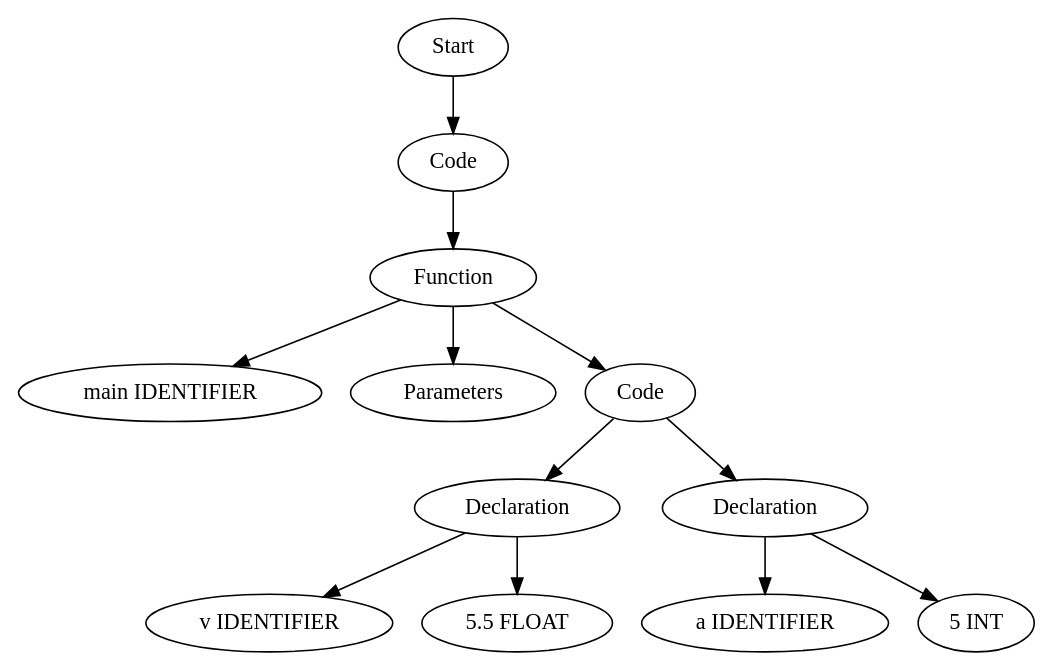
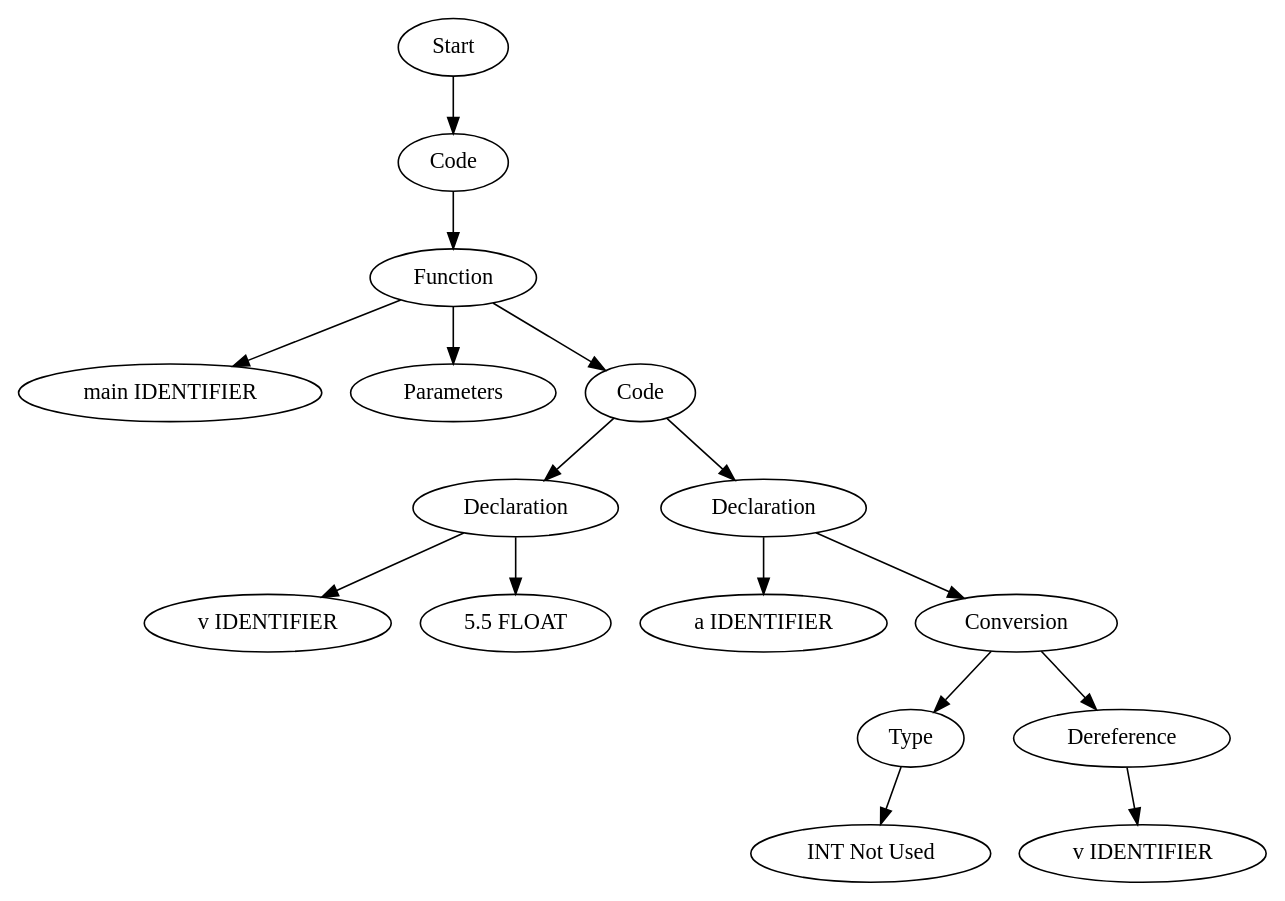
One commit to Are-you-listening/Compilers changed the diagram in TestCases/ASTTests/ValueAdderTests/createTests/read_file_after.dot. Above: the diagram before and after it, drawn with Graphviz. The commit also changed 227 other files, not shown here.

```diff
--- a/TestCases/ASTTests/ValueAdderTests/createTests/read_file_after.dot
+++ b/TestCases/ASTTests/ValueAdderTests/createTests/read_file_after.dot
@@ -1,25 +1,33 @@
 digraph AST {
-  "126690300994000" [label="Start"];
-  "126690300994000" -> "126690300985792";
-  "126690300985792" [label="Code"];
-  "126690300985792" -> "126690300999136";
-  "126690300999136" [label="Function"];
-  "126690300999136" -> "126690300996688";
-  "126690300999136" -> "126690300989776";
-  "126690300999136" -> "126690300998176";
-  "126690300996688" [label="main IDENTIFIER"];
-  "126690300989776" [label="Parameters"];
-  "126690300998176" [label="Code"];
-  "126690300998176" -> "126690300998080";
-  "126690300998176" -> "126690300985552";
-  "126690300998080" [label="Declaration"];
-  "126690300998080" -> "126690300994624";
-  "126690300998080" -> "126690300990016";
-  "126690300994624" [label="v IDENTIFIER"];
-  "126690300990016" [label="5.5 FLOAT"];
-  "126690300985552" [label="Declaration"];
-  "126690300985552" -> "126690301001152";
-  "126690300985552" -> "126690300986944";
-  "126690301001152" [label="a IDENTIFIER"];
-  "126690300986944" [label="5 INT"];
+  "126093832159344" [label="Start"];
+  "126093832159344" -> "126093832172784";
+  "126093832172784" [label="Code"];
+  "126093832172784" -> "126093832160496";
+  "126093832160496" [label="Function"];
+  "126093832160496" -> "126093832174656";
+  "126093832160496" -> "126093832169088";
+  "126093832160496" -> "126093832168896";
+  "126093832174656" [label="main IDENTIFIER"];
+  "126093832169088" [label="Parameters"];
+  "126093832168896" [label="Code"];
+  "126093832168896" -> "126093832171872";
+  "126093832168896" -> "126093832172208";
+  "126093832171872" [label="Declaration"];
+  "126093832171872" -> "126093832173168";
+  "126093832171872" -> "126093832174080";
+  "126093832173168" [label="v IDENTIFIER"];
+  "126093832174080" [label="5.5 FLOAT"];
+  "126093832172208" [label="Declaration"];
+  "126093832172208" -> "126093832159776";
+  "126093832172208" -> "126093832168848";
+  "126093832159776" [label="a IDENTIFIER"];
+  "126093832168848" [label="Conversion"];
+  "126093832168848" -> "126093832169184";
+  "126093832168848" -> "126093832173408";
+  "126093832169184" [label="Type"];
+  "126093832169184" -> "126093832170096";
+  "126093832170096" [label="INT Not Used"];
+  "126093832173408" [label="Dereference"];
+  "126093832173408" -> "126093832170240";
+  "126093832170240" [label="v IDENTIFIER"];
 }
```
